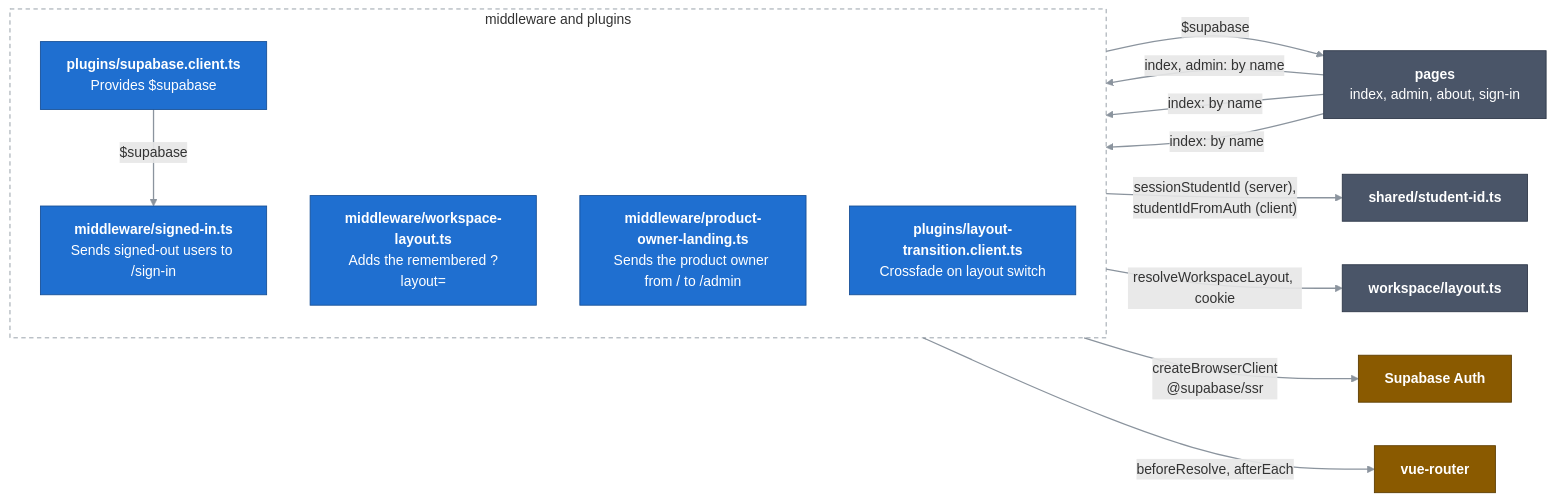
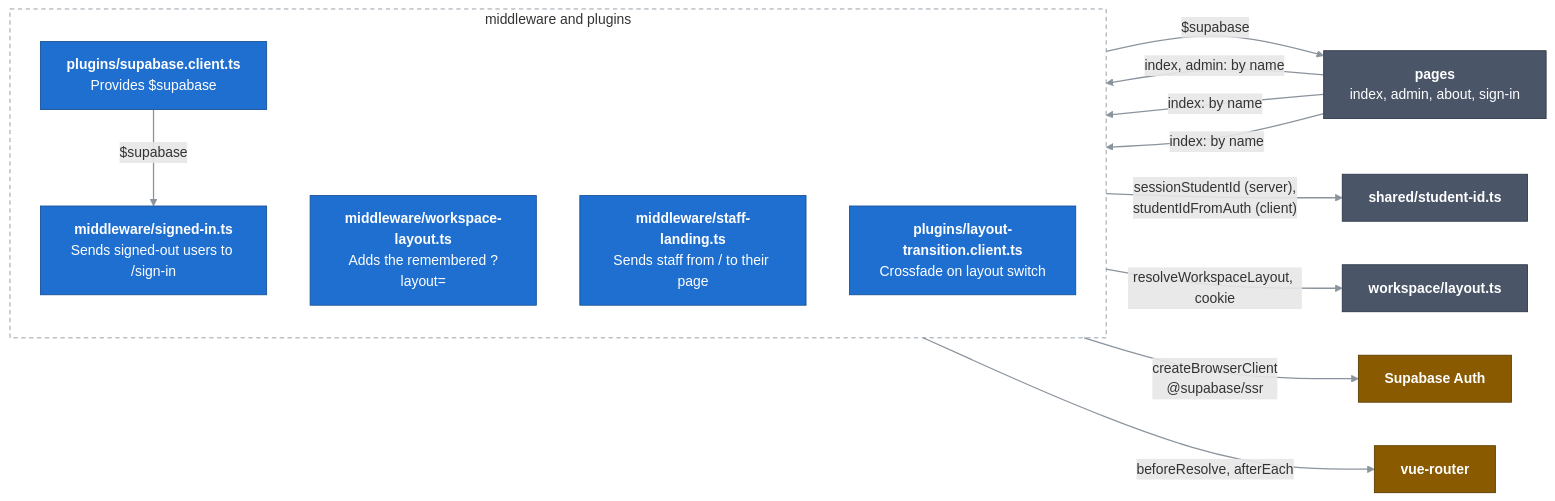
One commit to Bill2926/COS40005_HN9_Verifiable_Co-Learner_Agent changed the diagram in docs/c4/03-components/web-app/06-middleware-and-plugins.md. Above: the diagram before and after it, drawn with Mermaid. The commit also changed other lines of this file and 12 other files, not shown here.

First line of the commit message:
Staff routing: keep lecturer and product owner out of student pages (#177)

````diff
--- a/docs/c4/03-components/web-app/06-middleware-and-plugins.md
+++ b/docs/c4/03-components/web-app/06-middleware-and-plugins.md
@@ -11,34 +11,34 @@
 ```mermaid
 flowchart LR
   classDef comp fill:#1f6fd0,stroke:#164f96,color:#ffffff
   classDef near fill:#4a5568,stroke:#2d3748,color:#ffffff
   classDef ext fill:#8a5a00,stroke:#5c3c00,color:#ffffff
   linkStyle default stroke:#8b949e,stroke-width:1.5px
 
   pages["<b>pages</b><br/>index, admin, about, sign-in"]:::near
   studentId["<b>shared/student-id.ts</b>"]:::near
   layout["<b>workspace/layout.ts</b>"]:::near
   auth["<b>Supabase Auth</b>"]:::ext
   router["<b>vue-router</b>"]:::ext
 
   subgraph mw["middleware and plugins"]
     direction TB
     signed["<b>middleware/signed-in.ts</b><br/>Sends signed-out users to /sign-in"]:::comp
     wl["<b>middleware/workspace-layout.ts</b><br/>Adds the remembered ?layout="]:::comp
-    pol["<b>middleware/product-owner-landing.ts</b><br/>Sends the product owner from / to /admin"]:::comp
+    sl["<b>middleware/staff-landing.ts</b><br/>Sends staff from / to their page"]:::comp
     sb["<b>plugins/supabase.client.ts</b><br/>Provides $supabase"]:::comp
     lt["<b>plugins/layout-transition.client.ts</b><br/>Crossfade on layout switch"]:::comp
   end
 
   pages ==>|"index, admin: by name"| signed
   pages ==>|"index: by name"| wl
-  pages ==>|"index: by name"| pol
+  pages ==>|"index: by name"| sl
   sb ==>|"$supabase"| pages
   sb ==>|"$supabase"| signed
   signed -->|"sessionStudentId (server),<br/>studentIdFromAuth (client)"| studentId
   wl -->|"resolveWorkspaceLayout, cookie"| layout
   sb ==>|"createBrowserClient<br/>@supabase/ssr"| auth
   lt ==>|"beforeResolve, afterEach"| router
 
   style mw fill:none,stroke:#8b949e,stroke-dasharray:5 4
 ```
````
